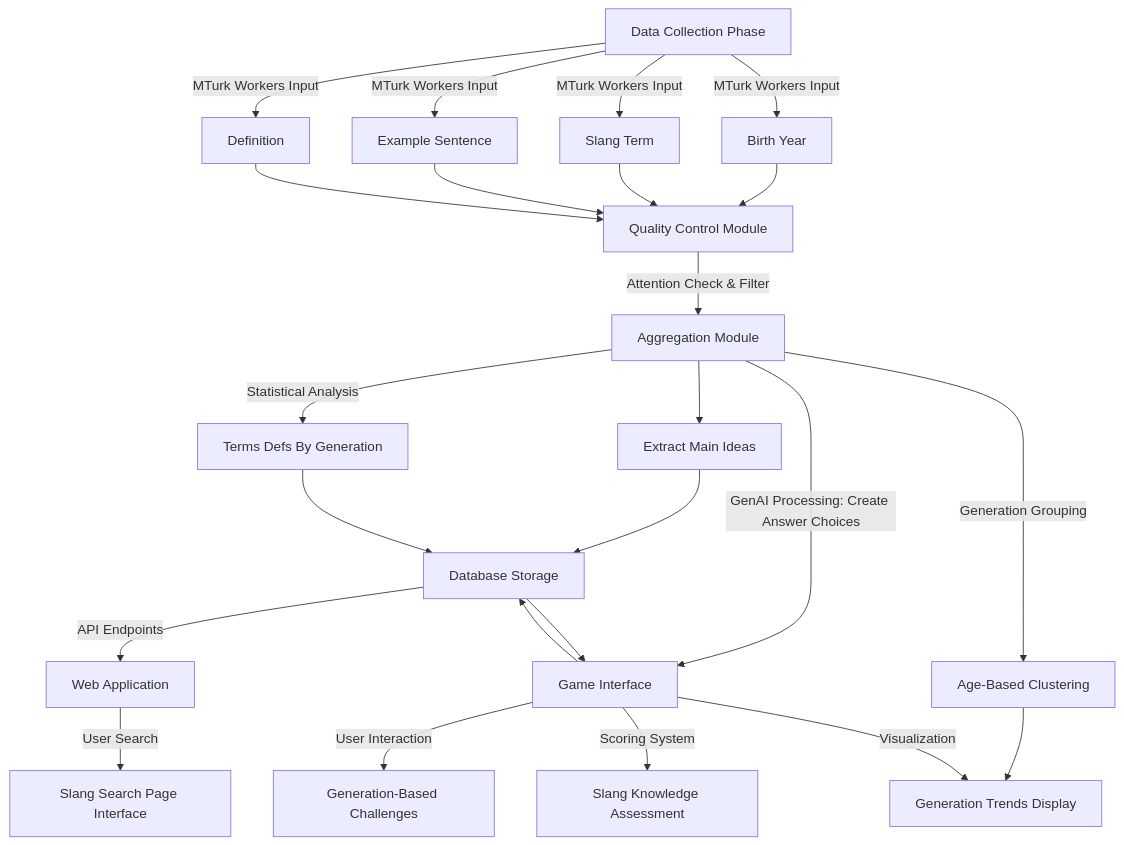
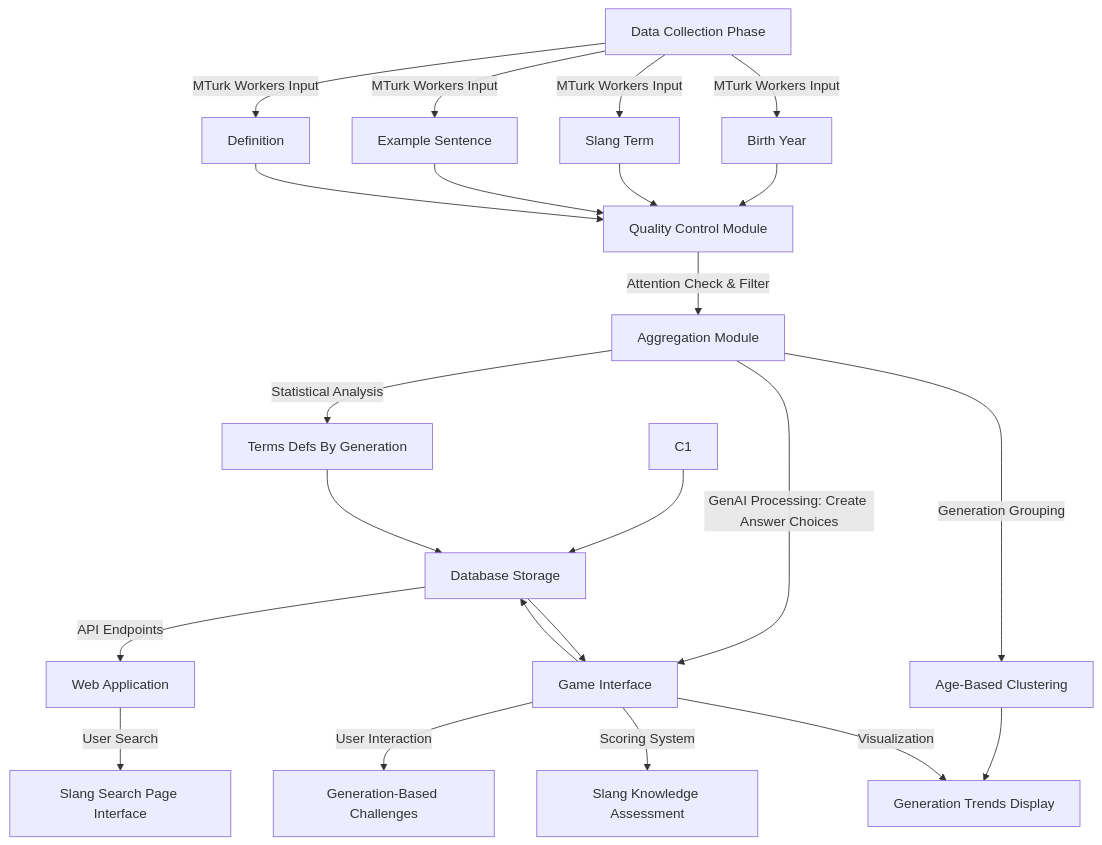
Before and after one commit to qareeb19/nets-2130: the diagram in flowchat2.md, drawn with Mermaid.

````diff
--- a/flowchat2.md
+++ b/flowchat2.md
@@ -1,33 +1,32 @@
 ```mermaid
 flowchart TD
     A[Data Collection Phase] --> |MTurk Workers Input| A1[Birth Year]
     A --> |MTurk Workers Input| A2[Slang Term]
     A --> |MTurk Workers Input| A3[Example Sentence]
     A --> |MTurk Workers Input| A4[Definition]
 
     A1 --> B[Quality Control Module]
     A2 --> B
     A3 --> B
     A4 --> B
 
     B --> |Attention Check & Filter| C[Aggregation Module]
 
-    C -->  C1[Extract Main Ideas]
     C --> |Statistical Analysis| C2[Terms Defs By Generation]
     C --> |Generation Grouping| C3[Age-Based Clustering]
 
     C1 --> E
     C2 --> E
     C3 --> D3
 
 
     C --> |GenAI Processing: Create Answer Choices| D[Game Interface]
     D --> |User Interaction| D1[Generation-Based Challenges]
     D --> |Scoring System| D2[Slang Knowledge Assessment]
     D --> |Visualization| D3[Generation Trends Display]
 
     D --> E[Database Storage]
     E --> D
     E --> |API Endpoints| F[Web Application]
     F --> |User Search| G[Slang Search Page Interface]
 ```
````
